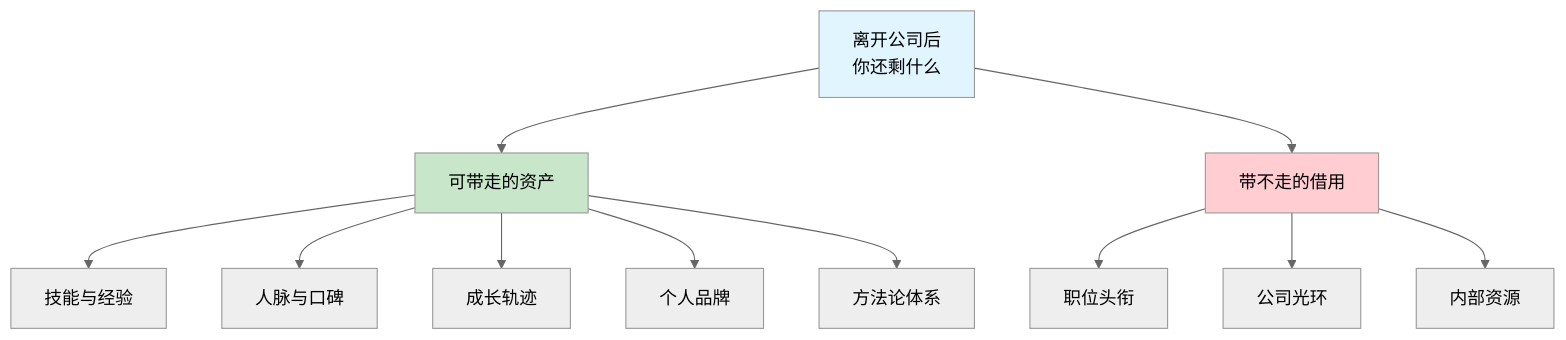
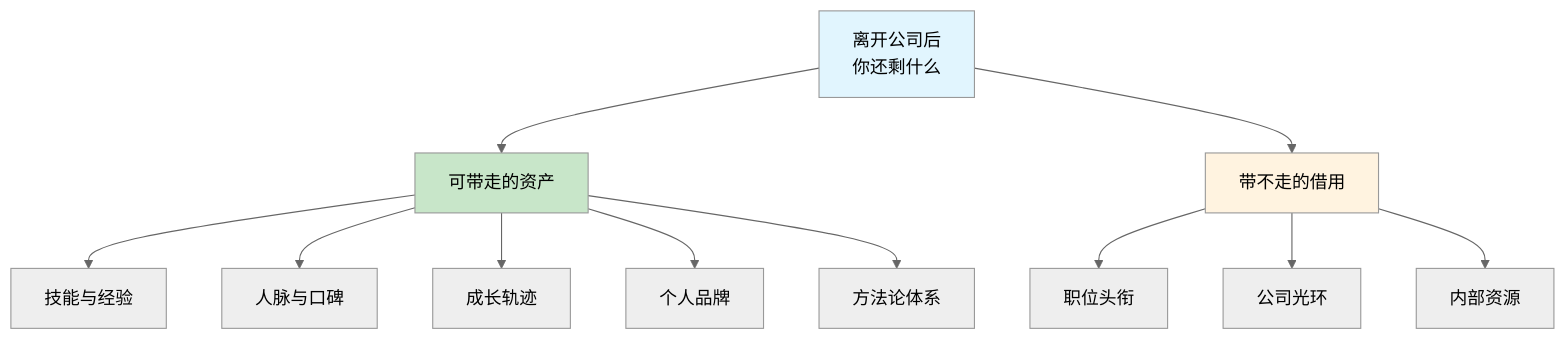
Before and after one commit to chongyang211/YCBookBlog: the sixth of 7 diagrams in packages/website/11.书籍/04.自我精进·学习/05.经营好自我公司.md, drawn with Mermaid (neutral theme). The commit also changed other lines of this file and 17 other files, not shown here.

````diff
--- a/packages/website/11.书籍/04.自我精进·学习/05.经营好自我公司.md
+++ b/packages/website/11.书籍/04.自我精进·学习/05.经营好自我公司.md
@@ -171,16 +224,16 @@
 ```mermaid
 graph TD
     A[离开公司后<br/>你还剩什么] --> B[可带走的资产]
     A --> C[带不走的借用]
     B --> B1[技能与经验]
     B --> B2[人脉与口碑]
     B --> B3[成长轨迹]
     B --> B4[个人品牌]
     B --> B5[方法论体系]
     C --> C1[职位头衔]
     C --> C2[公司光环]
     C --> C3[内部资源]
     style A fill:#e1f5fe
     style B fill:#c8e6c9
-    style C fill:#ffcdd2
+    style C fill:#fff3e0
 ```
````
